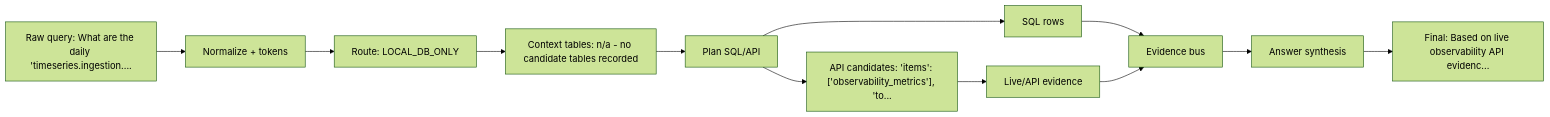
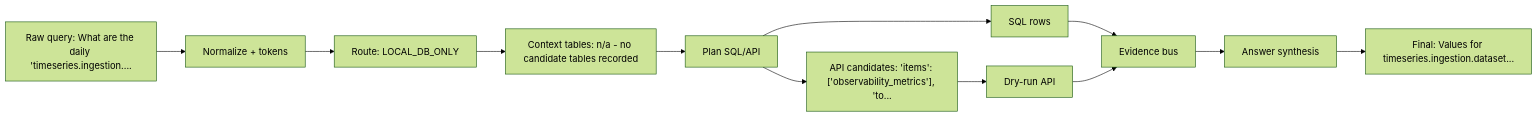
One commit to dashsys-workshop-vldb/dashsys-workshop-vldb.github.io changed the diagram in outputs/visualizations/query_example_033_dataflow.md. Above: the diagram before and after it, drawn with Mermaid (forest theme). The commit also changed other lines of this file and 691 other files, not shown here.

````diff
--- a/outputs/visualizations/query_example_033_dataflow.md
+++ b/outputs/visualizations/query_example_033_dataflow.md
@@ -17,14 +17,14 @@
 ```mermaid
 flowchart LR
   Q["Raw query: What are the daily 'timeseries.ingestion...."] --> N["Normalize + tokens"]
   N --> R["Route: LOCAL_DB_ONLY"]
   R --> C["Context tables: n/a - no candidate tables recorded"]
   C --> P["Plan SQL/API"]
   P --> S["SQL rows"]
   P --> A["API candidates: 'items': ['observability_metrics'], 'to..."]
-  A --> E["Live/API evidence"]
+  A --> E["Dry-run API"]
   S --> V["Evidence bus"]
   E --> V
   V --> H["Answer synthesis"]
-  H --> F["Final: Based on live observability API evidenc..."]
+  H --> F["Final: Values for timeseries.ingestion.dataset..."]
 ```
````
